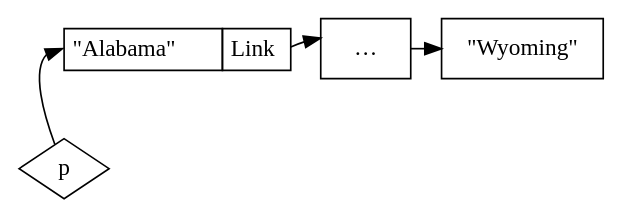
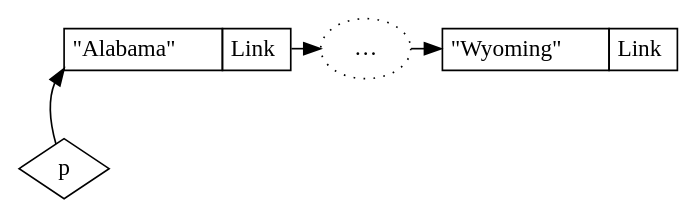
One commit to ronan-d/separation-logic-presentation changed the diagram in list.dot. Above: the diagram before and after it, drawn with Graphviz.

Commit message:
Checkpoint

```diff
--- a/list.dot
+++ b/list.dot
@@ -1,28 +1,37 @@
 digraph List {
     rankdir = BT;
 
-    p [shape = diamond, label = p, group = "first"]
+    p [shape = diamond, label = p]
 
     node [shape=box];
 
     subgraph cells {
         rank=same;
 
-        c1 [group = "first", shape=plaintext, margin=0, label = <
+        c1 [shape=plain, margin=0, label = <
             <TABLE BORDER="0" CELLBORDER="1" CELLSPACING="0" CELLPADDING="4">
                 <TR>
-                    <TD> "Alabama" </TD>
+                    <TD PORT="elem"> "Alabama" </TD>
                     <TD PORT="link">Link</TD>
                 </TR>
             </TABLE>
         >]
-        c2 [label = "…"]
-        c3 [label = "\"Wyoming\""]
 
-        c1 -> c2 [tailclip = false, tailport = link];
+        c2 [shape=ellipse, style = dotted, label = "…"]
+
+        c3 [shape=none, margin=0, label = <
+            <TABLE BORDER="0" CELLBORDER="1" CELLSPACING="0" CELLPADDING="4">
+                <TR>
+                    <TD> "Wyoming" </TD>
+                    <TD PORT="link">Link</TD>
+                </TR>
+            </TABLE>
+        >]
+
+        c1 -> c2;
         c2 -> c3;
     }
 
-    p -> c1 [headport = w];
+    p -> c1:elem:sw;
     // p -> c3;
 }
```
